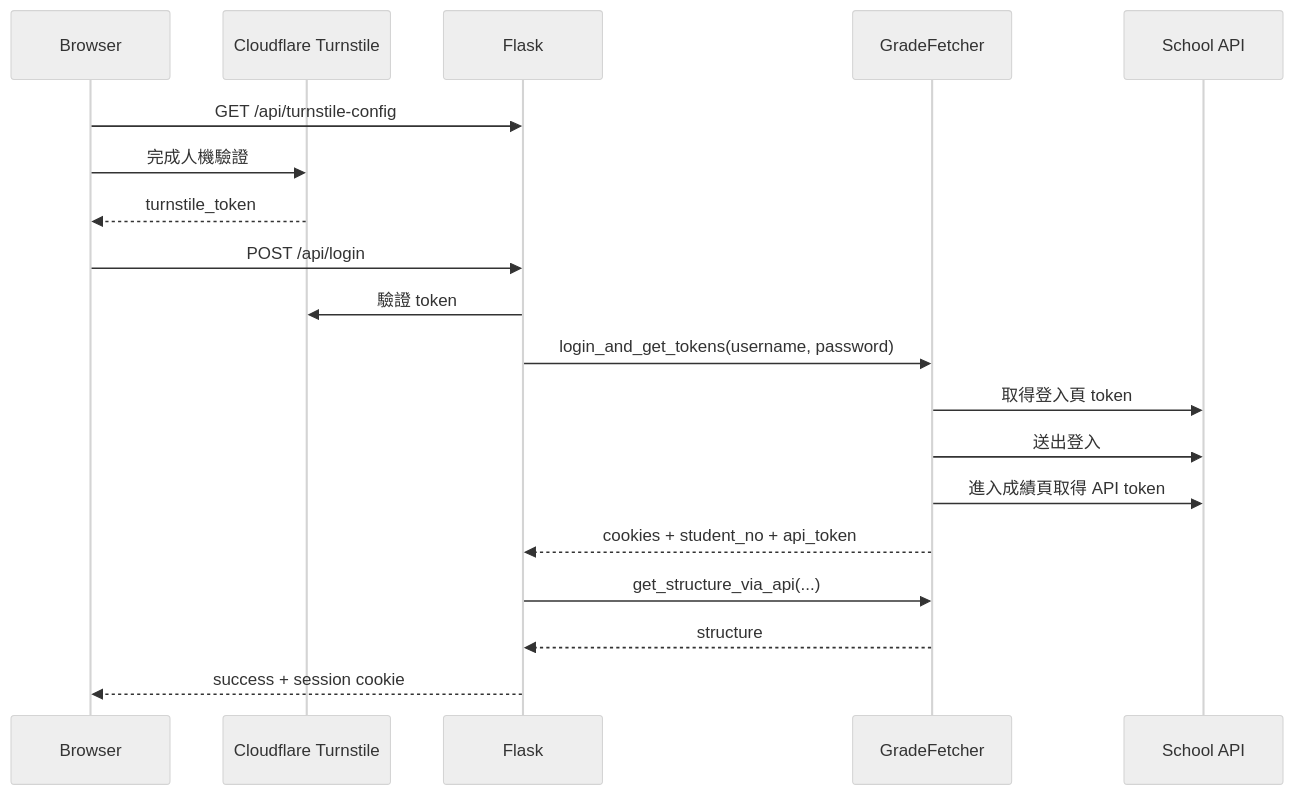
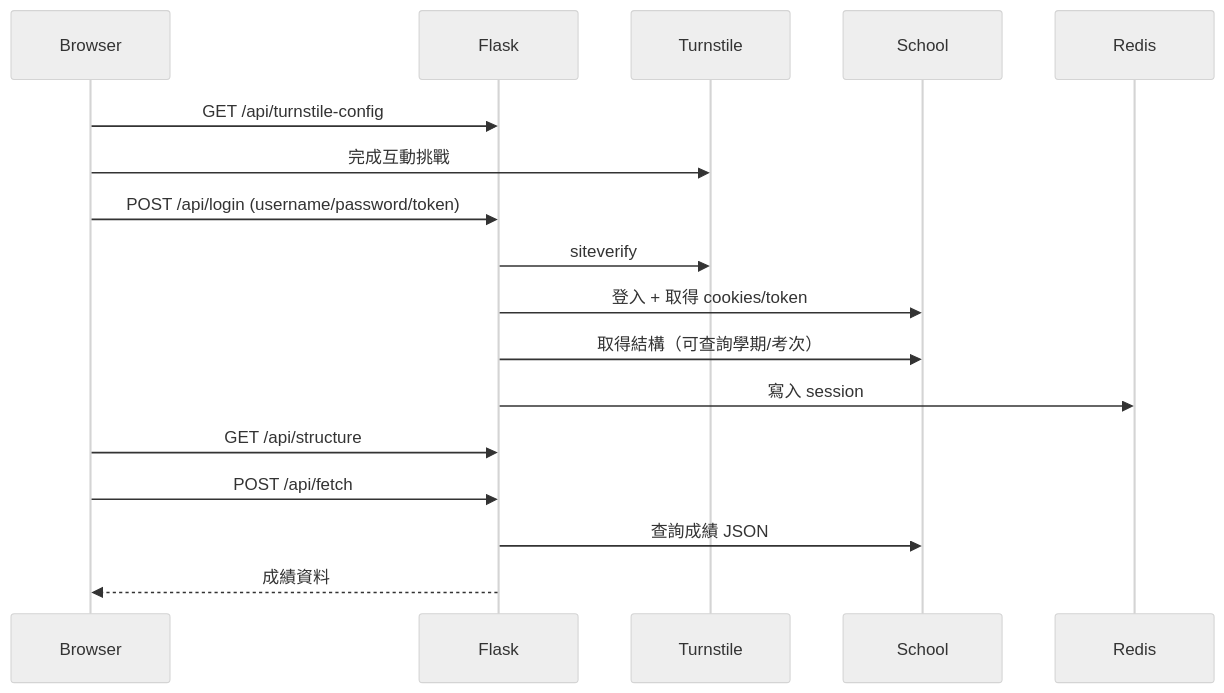
One commit to alvin000009238/grades changed the second of 3 diagrams in docs/ARCHITECTURE.md. Above: the diagram before and after it, drawn with Mermaid (neutral theme). The commit also changed other lines of this file and 2 other files, not shown here.

Commit message:
feat: replace print with structured logger in fetcher.py

````diff
--- a/docs/ARCHITECTURE.md
+++ b/docs/ARCHITECTURE.md
@@ -172,22 +199,20 @@
 ```mermaid
 sequenceDiagram
-    participant Browser as Browser
-    participant CF as Cloudflare Turnstile
-    participant Flask as Flask
-    participant Fetcher as GradeFetcher
-    participant School as School API
+    participant Browser
+    participant Flask
+    participant Turnstile
+    participant School
+    participant Redis
 
     Browser->>Flask: GET /api/turnstile-config
-    Browser->>CF: 完成人機驗證
-    CF-->>Browser: turnstile_token
-    Browser->>Flask: POST /api/login
-    Flask->>CF: 驗證 token
-    Flask->>Fetcher: login_and_get_tokens(username, password)
-    Fetcher->>School: 取得登入頁 token
-    Fetcher->>School: 送出登入
-    Fetcher->>School: 進入成績頁取得 API token
-    Fetcher-->>Flask: cookies + student_no + api_token
-    Flask->>Fetcher: get_structure_via_api(...)
-    Fetcher-->>Flask: structure
-    Flask-->>Browser: success + session cookie
+    Browser->>Turnstile: 完成互動挑戰
+    Browser->>Flask: POST /api/login (username/password/token)
+    Flask->>Turnstile: siteverify
+    Flask->>School: 登入 + 取得 cookies/token
+    Flask->>School: 取得結構（可查詢學期/考次）
+    Flask->>Redis: 寫入 session
+    Browser->>Flask: GET /api/structure
+    Browser->>Flask: POST /api/fetch
+    Flask->>School: 查詢成績 JSON
+    Flask-->>Browser: 成績資料
 ```
````
